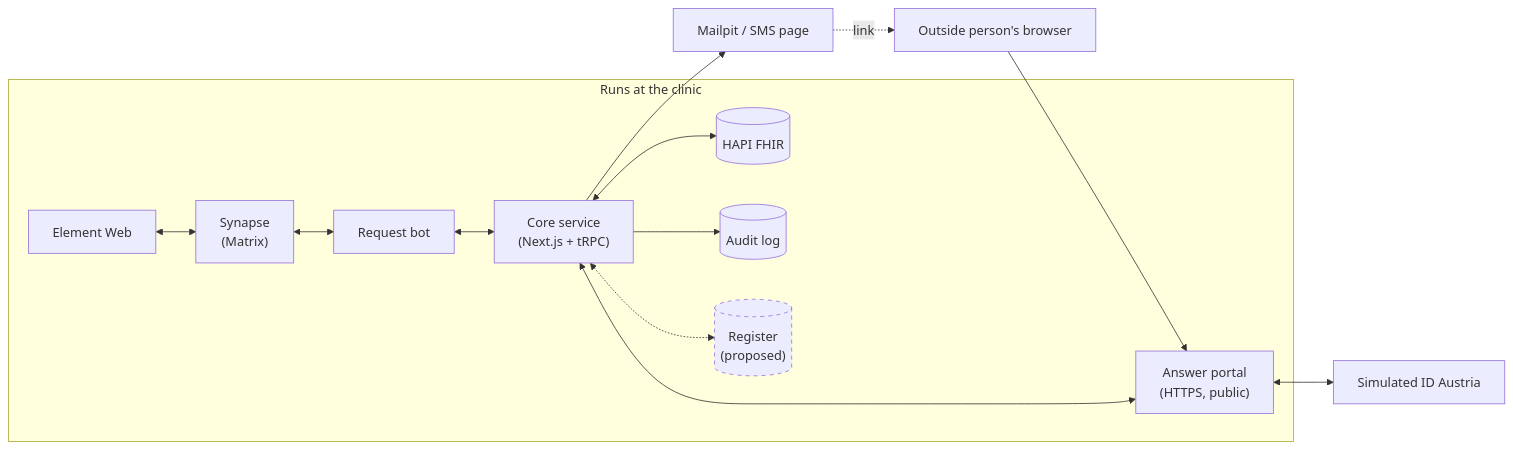
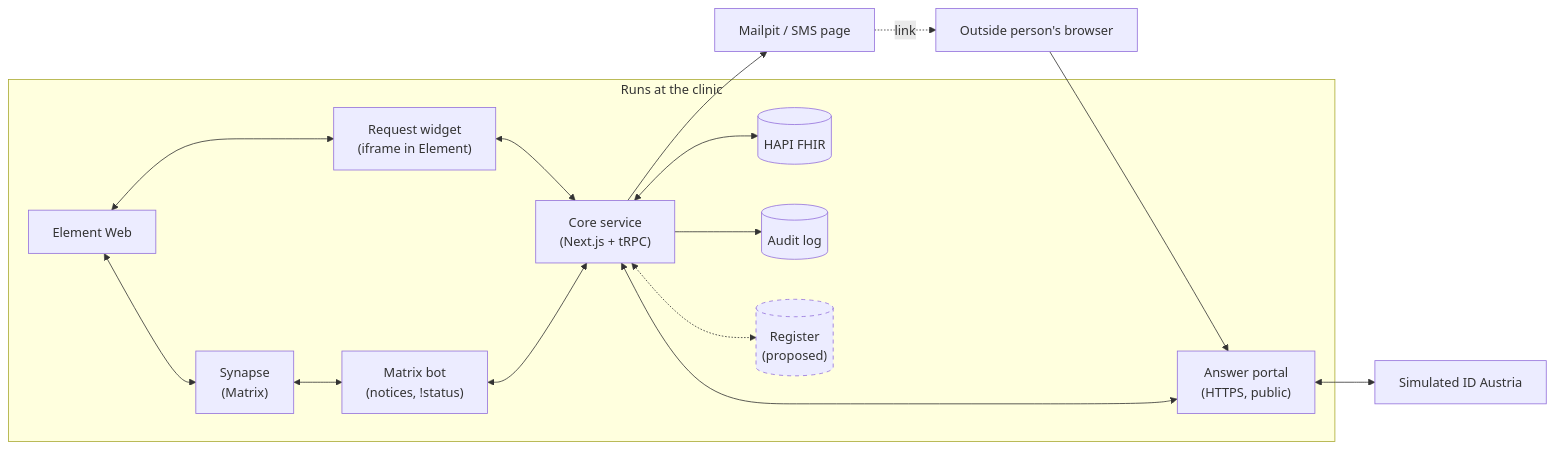
One commit to Chaissen/AIM-Hackathon changed the third of 3 diagrams in docs/UML.md. Above: the diagram before and after it, drawn with Mermaid. The commit also changed other lines of this file and 8 other files, not shown here.

First line of the commit message:
docs(T05): send requests from the widget and drop the bot request commands

````diff
--- a/docs/UML.md
+++ b/docs/UML.md
@@ -190,19 +190,21 @@
 ```mermaid
 flowchart LR
     subgraph Clinic["Runs at the clinic"]
         element["Element Web"] <--> synapse["Synapse<br/>(Matrix)"]
-        synapse <--> bot["Request bot"]
-        bot <--> core["Core service<br/>(Next.js + tRPC)"]
+        element <--> widget["Request widget<br/>(iframe in Element)"]
+        widget <--> core["Core service<br/>(Next.js + tRPC)"]
+        synapse <--> bot["Matrix bot<br/>(notices, !status)"]
+        bot <--> core
         core <--> fhirsrv[("HAPI FHIR")]
         core --> audit[("Audit log")]
         core <-.-> reg[("Register<br/>(proposed)")]
         portal["Answer portal<br/>(HTTPS, public)"] <--> core
     end
     core --> mail["Mailpit / SMS page"]
     mail -. "link" .-> browser["Outside person's browser"]
     browser --> portal
     portal <--> eid["Simulated ID Austria"]
 
     classDef planned stroke-dasharray: 5 5
     class reg planned
 ```
````
